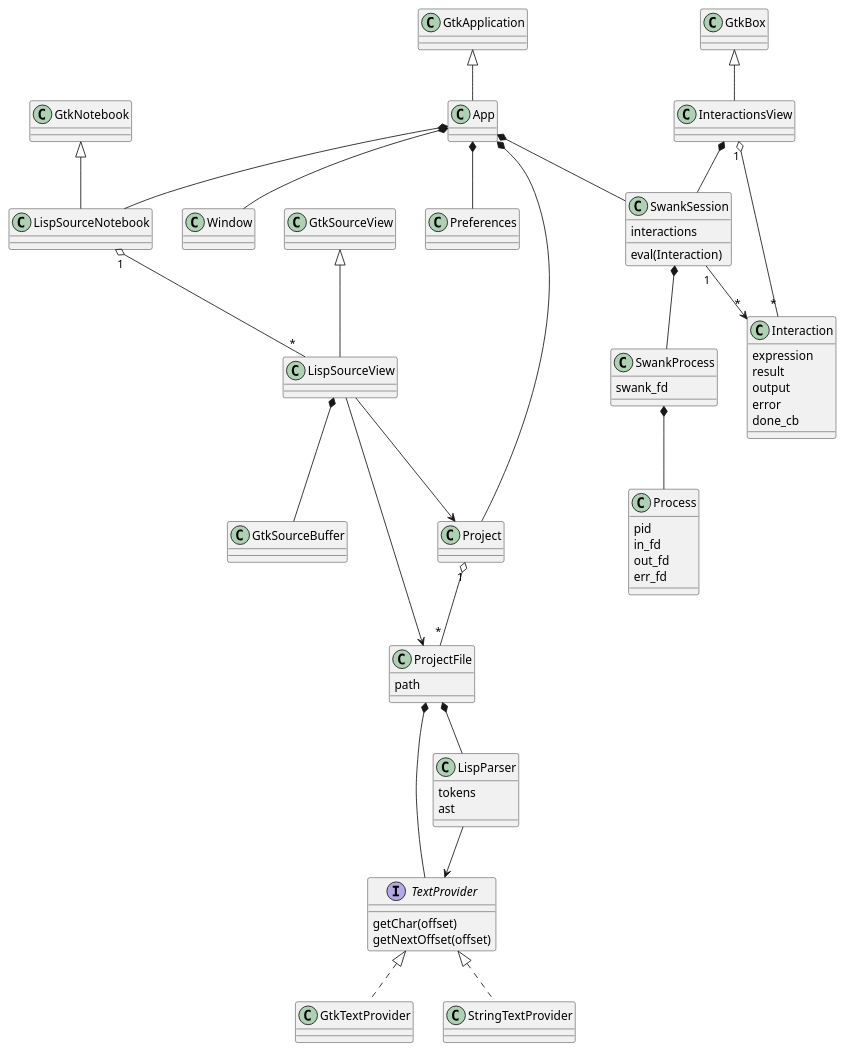
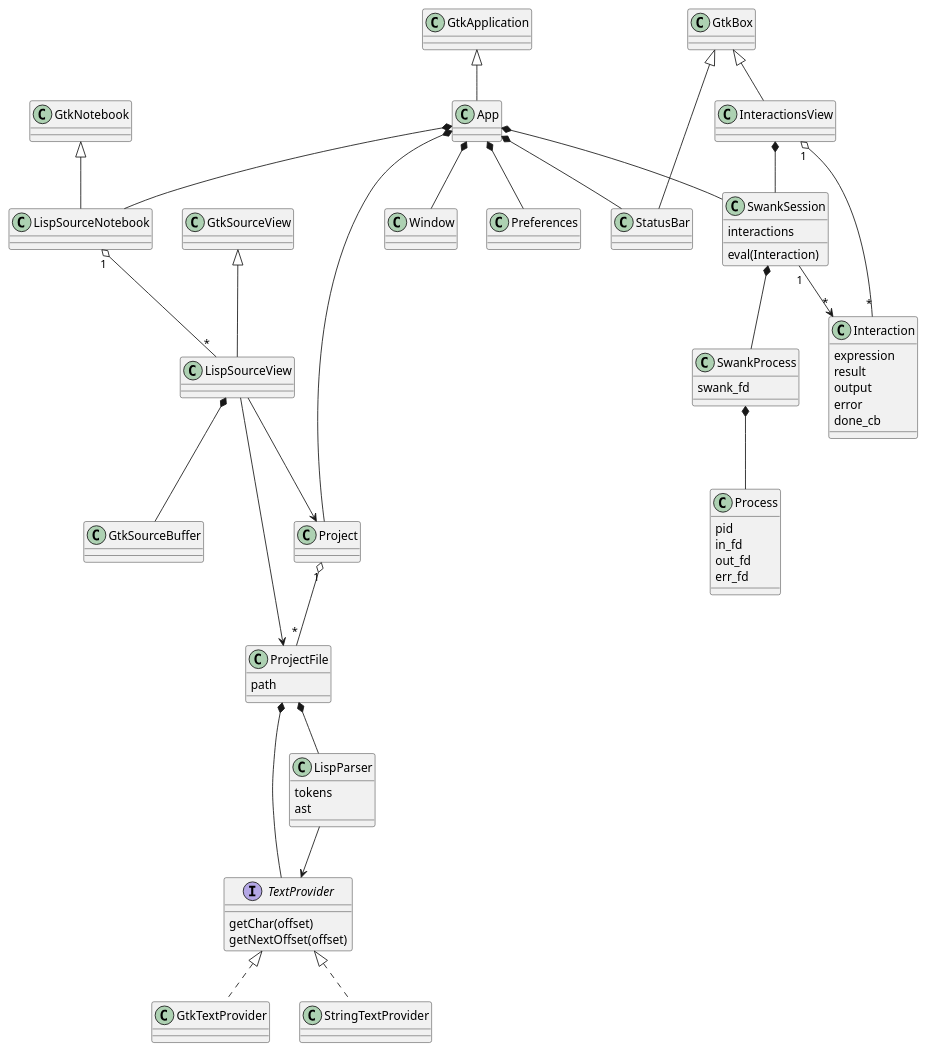
Before and after one commit to JeromeA/glide: the diagram in doc/classes.plantuml, drawn with PlantUML. The commit also changed 7 other files, not shown here.

Commit message:
Add custom status bar widget

```diff
--- a/doc/classes.plantuml
+++ b/doc/classes.plantuml
@@ -1,52 +1,54 @@
 @startuml
 
 GtkApplication <|-- App
 App *-- Project
 App *-- SwankSession
 App *-- Window
 App *-- LispSourceNotebook
 App *-- Preferences
+App *-- StatusBar
 
 GtkSourceView <|-- LispSourceView
 LispSourceView *-- GtkSourceBuffer
 LispSourceView --> Project
 LispSourceView --> ProjectFile
 GtkNotebook <|-- LispSourceNotebook
 LispSourceNotebook "1" o-- "*" LispSourceView
 
 Project "1" o-- "*" ProjectFile
 
 ProjectFile *-- LispParser
 ProjectFile *-- TextProvider
 ProjectFile : path
 
 GtkBox <|-- InteractionsView
+GtkBox <|-- StatusBar
 InteractionsView "1" o-- "*" Interaction
 InteractionsView *-- SwankSession
 Interaction : expression
 Interaction : result
 Interaction : output
 Interaction : error
 Interaction : done_cb
 SwankSession : eval(Interaction)
 SwankSession : interactions
 SwankSession "1" --> "*" Interaction
 SwankSession *-- SwankProcess
 SwankProcess *-- Process
 SwankProcess : swank_fd
 
 Process : pid
 Process : in_fd
 Process : out_fd
 Process : err_fd
 
 LispParser : tokens
 LispParser : ast
 LispParser --> TextProvider
 interface TextProvider
 TextProvider <|.. GtkTextProvider
 TextProvider <|.. StringTextProvider
 TextProvider : getChar(offset)
 TextProvider : getNextOffset(offset)
 
 @enduml
```
